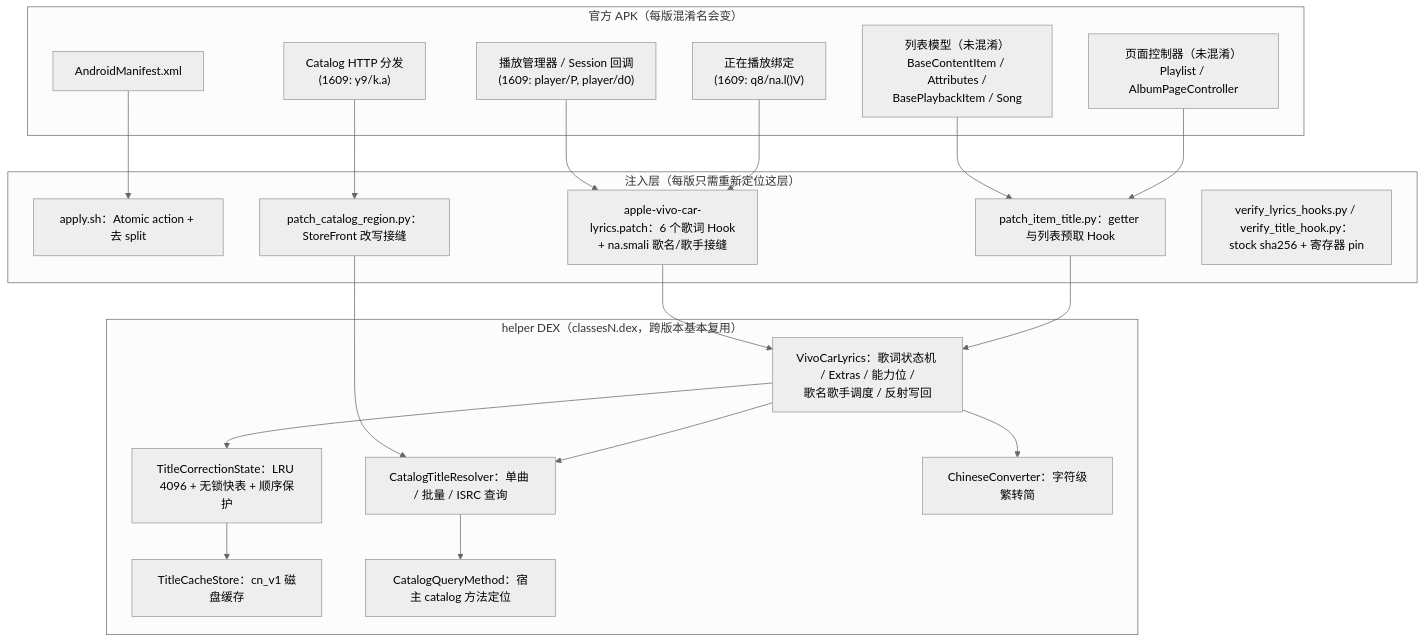
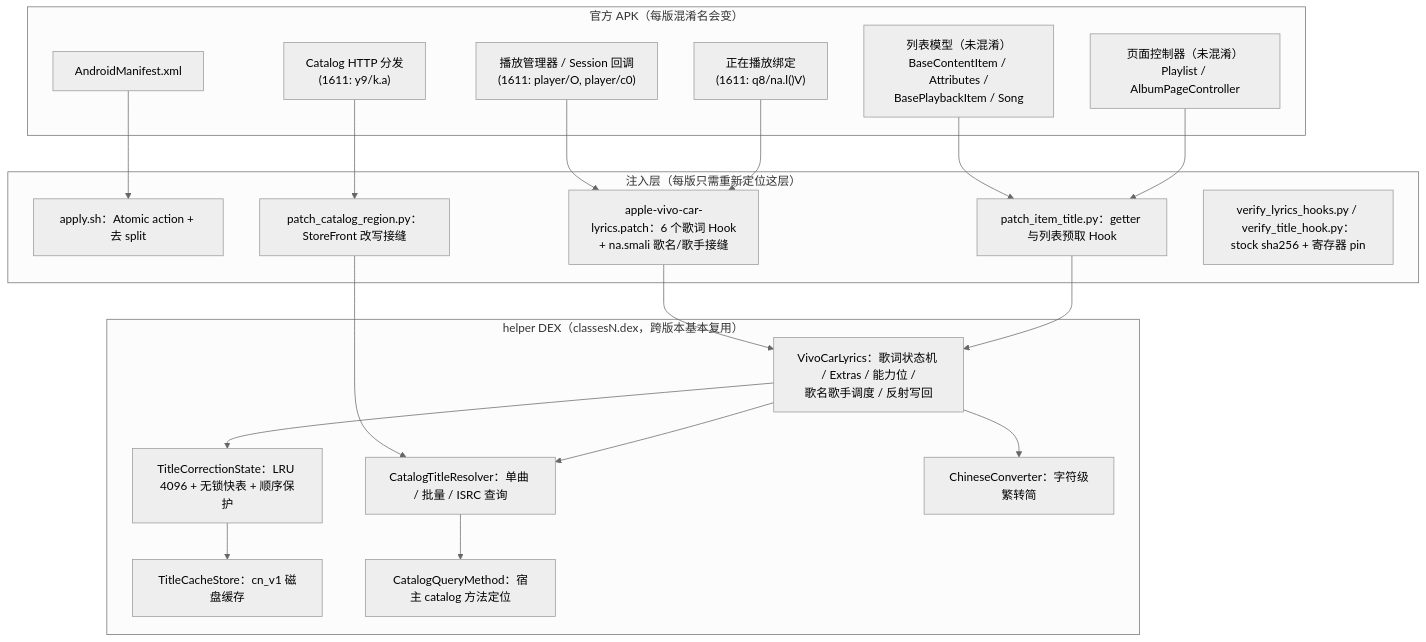
The first of 3 diagrams in docs/FUTURE_APK_UPGRADE_GUIDE.zh-CN.md (huang6668/apple-music-vivo-car-lyrics), drawn with Mermaid (neutral theme) before and after one commit. The commit also changed other lines of this file and 16 other files, not shown here.

````diff
--- a/docs/FUTURE_APK_UPGRADE_GUIDE.zh-CN.md
+++ b/docs/FUTURE_APK_UPGRADE_GUIDE.zh-CN.md
@@ -29,41 +30,41 @@
 ```mermaid
 flowchart TD
     subgraph Stock["官方 APK（每版混淆名会变）"]
         Manifest["AndroidManifest.xml"]
-        Player["播放管理器 / Session 回调\n(1609: player/P, player/d0)"]
-        Binding["正在播放绑定\n(1609: q8/na.l()V)"]
+        Player["播放管理器 / Session 回调\n(1611: player/O, player/c0)"]
+        Binding["正在播放绑定\n(1611: q8/na.l()V)"]
         Models["列表模型（未混淆）\nBaseContentItem / Attributes /\nBasePlaybackItem / Song"]
         Pages["页面控制器（未混淆）\nPlaylist / AlbumPageController"]
-        Http["Catalog HTTP 分发\n(1609: y9/k.a)"]
+        Http["Catalog HTTP 分发\n(1611: y9/k.a)"]
     end
 
     subgraph Seams["注入层（每版只需重新定位这层）"]
         A["apply.sh：Atomic action + 去 split"]
         B["apple-vivo-car-lyrics.patch：6 个歌词 Hook\n+ na.smali 歌名/歌手接缝"]
         C["patch_item_title.py：getter 与列表预取 Hook"]
         D["patch_catalog_region.py：StoreFront 改写接缝"]
         V["verify_lyrics_hooks.py / verify_title_hook.py：\nstock sha256 + 寄存器 pin"]
     end
 
     subgraph Helper["helper DEX（classesN.dex，跨版本基本复用）"]
         L["VivoCarLyrics：歌词状态机 / Extras / 能力位 /\n歌名歌手调度 / 反射写回"]
         S["TitleCorrectionState：LRU 4096 + 无锁快表 + 顺序保护"]
         T["TitleCacheStore：cn_v1 磁盘缓存"]
         R["CatalogTitleResolver：单曲 / 批量 / ISRC 查询"]
         Q["CatalogQueryMethod：宿主 catalog 方法定位"]
         Z["ChineseConverter：字符级繁转简"]
     end
 
     Manifest --> A
     Player --> B
     Binding --> B
     Models --> C
     Pages --> C
     Http --> D
     B --> L
     C --> L
     D --> R
     L --> S --> T
     L --> R --> Q
     L --> Z
 ```
````
